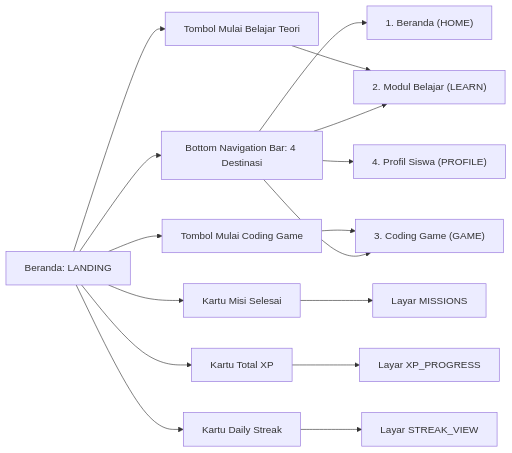
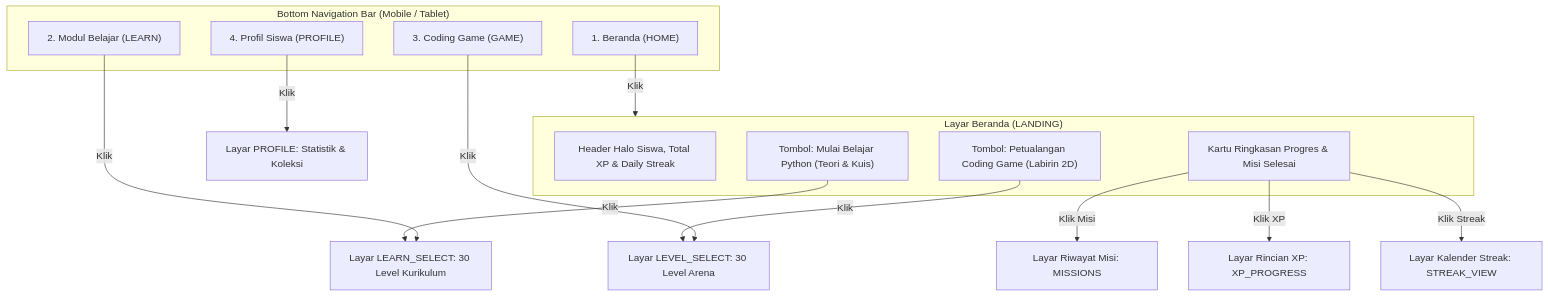
Before and after one commit to usamah-io/pyquest: the third of 9 diagrams in docs/APPLICATION_FLOWS.md, drawn with Mermaid. The commit also changed other lines of this file and 4 other files, not shown here.

Commit message:
docs: complete technical documentation and lightweight coding game tutorial

````diff
--- a/docs/APPLICATION_FLOWS.md
+++ b/docs/APPLICATION_FLOWS.md
@@ -97,14 +143,28 @@
 ```mermaid
-flowchart LR
-    Landing[Beranda: LANDING] --> BottomNav[Bottom Navigation Bar: 4 Destinasi]
-    BottomNav --> DestHome["1. Beranda (HOME)"]
-    BottomNav --> DestLearn["2. Modul Belajar (LEARN)"]
-    BottomNav --> DestGame["3. Coding Game (GAME)"]
-    BottomNav --> DestProfile["4. Profil Siswa (PROFILE)"]
+flowchart TD
+    subgraph Beranda ["Layar Beranda (LANDING)"]
+        Hero[Header Halo Siswa, Total XP & Daily Streak]
+        BtnLearn["Tombol: Mulai Belajar Python (Teori & Kuis)"]
+        BtnGame["Tombol: Petualangan Coding Game (Labirin 2D)"]
+        CardStats[Kartu Ringkasan Progres & Misi Selesai]
+    end
 
-    Landing --> ActionLearn["Tombol Mulai Belajar Teori"] --> DestLearn
-    Landing --> ActionGame["Tombol Mulai Coding Game"] --> DestGame
-    Landing --> CardMissions["Kartu Misi Selesai"] --> ViewMissions[Layar MISSIONS]
-    Landing --> CardXP["Kartu Total XP"] --> ViewXP[Layar XP_PROGRESS]
-    Landing --> CardStreak["Kartu Daily Streak"] --> ViewStreak[Layar STREAK_VIEW]
+    subgraph NavigasiBawah ["Bottom Navigation Bar (Mobile / Tablet)"]
+        NavHome["1. Beranda (HOME)"]
+        NavLearn["2. Modul Belajar (LEARN)"]
+        NavGame["3. Coding Game (GAME)"]
+        NavProfile["4. Profil Siswa (PROFILE)"]
+    end
+
+    BtnLearn -->|Klik| ScreenLearnSelect[Layar LEARN_SELECT: 30 Level Kurikulum]
+    BtnGame -->|Klik| ScreenLevelSelect[Layar LEVEL_SELECT: 30 Level Arena]
+    
+    NavHome -->|Klik| Beranda
+    NavLearn -->|Klik| ScreenLearnSelect
+    NavGame -->|Klik| ScreenLevelSelect
+    NavProfile -->|Klik| ScreenProfile[Layar PROFILE: Statistik & Koleksi]
+
+    CardStats -->|Klik Misi| ScreenMissions[Layar Riwayat Misi: MISSIONS]
+    CardStats -->|Klik XP| ScreenXP[Layar Rincian XP: XP_PROGRESS]
+    CardStats -->|Klik Streak| ScreenStreak[Layar Kalender Streak: STREAK_VIEW]
 ```
````
